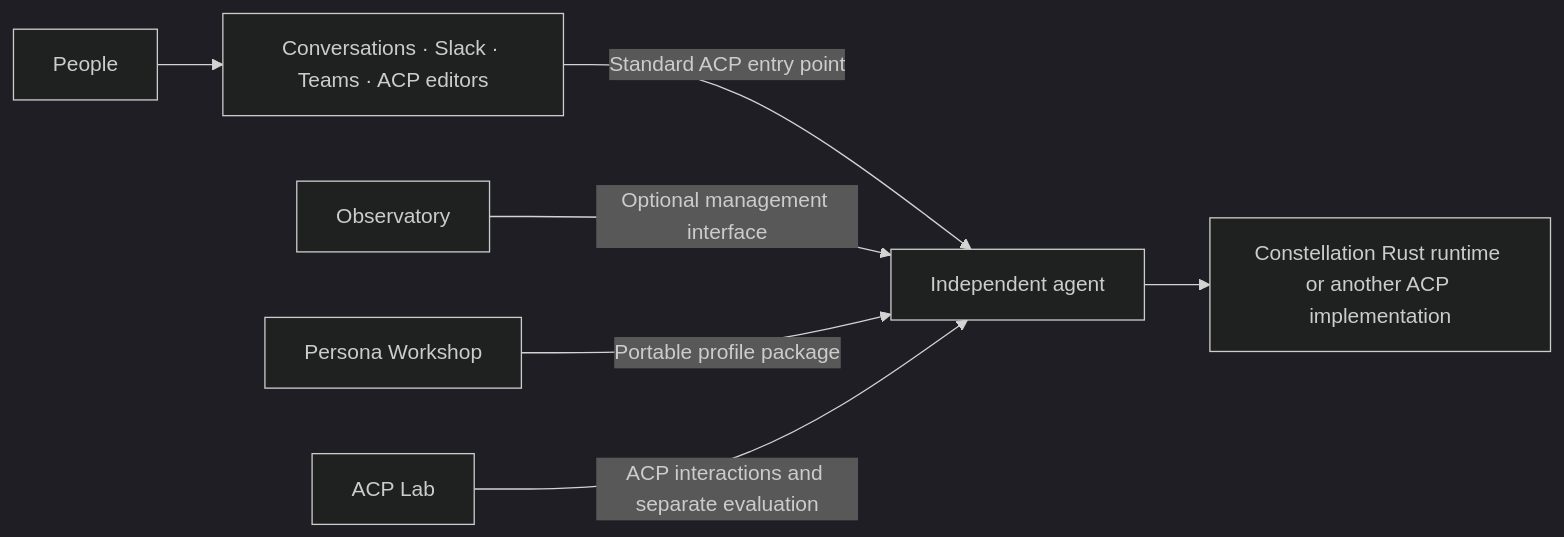
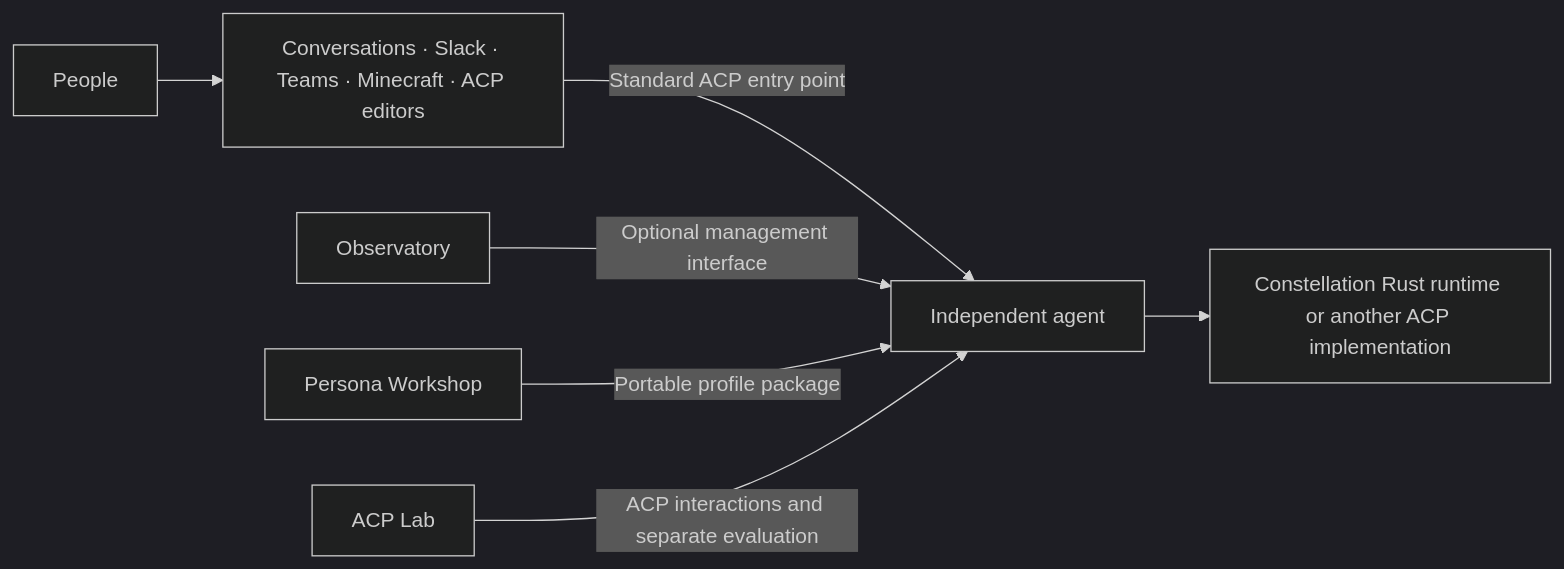
One commit to microsoft/amplifier-constellation changed the diagram in README.md. Above: the diagram before and after it, drawn with Mermaid (dark theme). The commit also changed other lines of this file and 2 other files, not shown here.

Commit message:
Add Minecraft ACP adapter to the Constellation component map

````diff
--- a/README.md
+++ b/README.md
@@ -32,9 +33,9 @@
 ```mermaid
 flowchart LR
-    People[People] --> Experiences[Conversations · Slack · Teams · ACP editors]
+    People[People] --> Experiences[Conversations · Slack · Teams · Minecraft · ACP editors]
     Experiences -->|Standard ACP entry point| Individual[Independent agent]
     Individual --> Engine[Constellation Rust runtime or another ACP implementation]
     Observatory[Observatory] -->|Optional management interface| Individual
     Persona[Persona Workshop] -->|Portable profile package| Individual
     Lab[ACP Lab] -->|ACP interactions and separate evaluation| Individual
 ```
````
